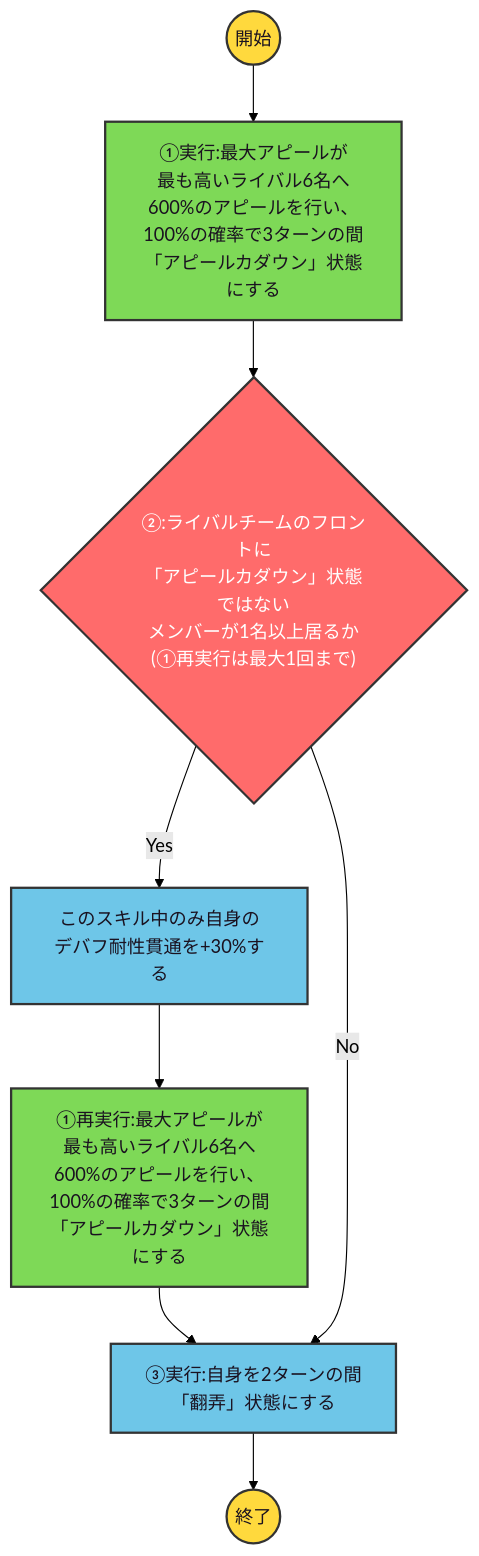
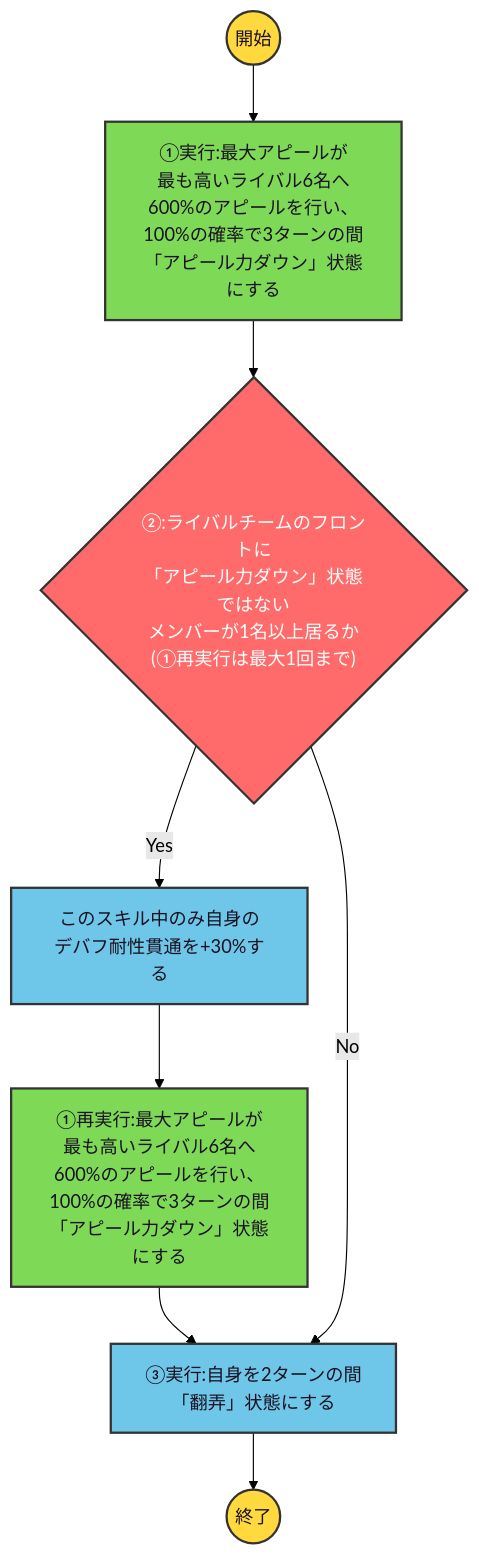
One commit to ryomochi0918/nogifra-characters changed the diagram in data/kubo_shiori/hitohayumewonidomiru_skill1.mmd. Above: the diagram before and after it, drawn with Mermaid (forest theme). The commit also changed 19 other files, not shown here.

```diff
--- a/data/kubo_shiori/hitohayumewonidomiru_skill1.mmd
+++ b/data/kubo_shiori/hitohayumewonidomiru_skill1.mmd
@@ -1,11 +1,11 @@
 flowchart TD
     classDef startend fill:#FFD93D,stroke:#333,stroke-width:2px,color:#1a1220;
     classDef cond fill:#FF6B6B,stroke:#333,stroke-width:2px,color:#ffffff;
     classDef effect fill:#6EC6E8,stroke:#333,stroke-width:2px,color:#1a1220;
     classDef action fill:#7ED957,stroke:#333,stroke-width:2px,color:#1a1220;
 
-    start(("開始")):::startend --> a1["①実行:最大アピールが<br/>最も高いライバル6名へ<br/>600%のアピールを行い、<br/>100%の確率で3ターンの間<br/>「アピールカダウン」状態にする"]:::action
-    a1 --> c2{"②:ライバルチームのフロントに<br/>「アピールカダウン」状態ではない<br/>メンバーが1名以上居るか<br/>(①再実行は最大1回まで)"}:::cond
-    c2 -->|"Yes"| e2["このスキル中のみ自身の<br/>デバフ耐性貫通を+30%する"]:::effect --> a1b["①再実行:最大アピールが<br/>最も高いライバル6名へ<br/>600%のアピールを行い、<br/>100%の確率で3ターンの間<br/>「アピールカダウン」状態にする"]:::action --> e3
+    start(("開始")):::startend --> a1["①実行:最大アピールが<br/>最も高いライバル6名へ<br/>600%のアピールを行い、<br/>100%の確率で3ターンの間<br/>「アピール力ダウン」状態にする"]:::action
+    a1 --> c2{"②:ライバルチームのフロントに<br/>「アピール力ダウン」状態ではない<br/>メンバーが1名以上居るか<br/>(①再実行は最大1回まで)"}:::cond
+    c2 -->|"Yes"| e2["このスキル中のみ自身の<br/>デバフ耐性貫通を+30%する"]:::effect --> a1b["①再実行:最大アピールが<br/>最も高いライバル6名へ<br/>600%のアピールを行い、<br/>100%の確率で3ターンの間<br/>「アピール力ダウン」状態にする"]:::action --> e3
     c2 -->|"No"| e3["③実行:自身を2ターンの間<br/>「翻弄」状態にする"]:::effect
     e3 --> finish(("終了")):::startend
```
